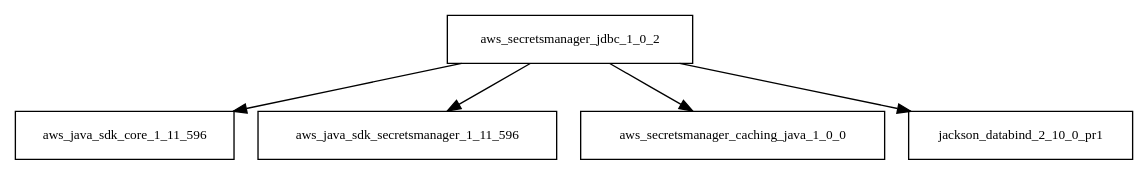
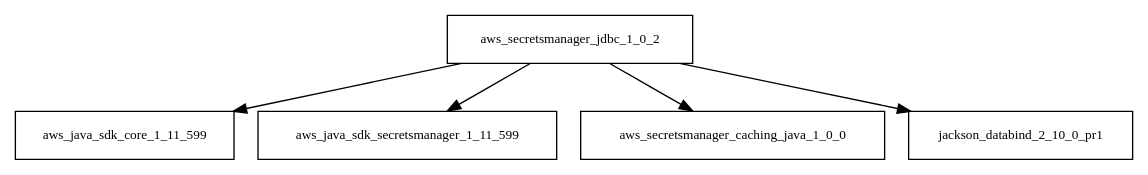
The diagram in tattleTaleReport/graphviz/aws-secretsmanager-jdbc-1.0.2.jar/aws-secretsmanager-jdbc-1.0.2.jar.dot (Hack23/cia), drawn with Graphviz before and after one commit. The commit also changed 2920 other files, not shown here.

```diff
--- a/tattleTaleReport/graphviz/aws-secretsmanager-jdbc-1.0.2.jar/aws-secretsmanager-jdbc-1.0.2.jar.dot
+++ b/tattleTaleReport/graphviz/aws-secretsmanager-jdbc-1.0.2.jar/aws-secretsmanager-jdbc-1.0.2.jar.dot
@@ -1,7 +1,7 @@
 digraph aws_secretsmanager_jdbc_1_0_2_dependencies {
   node [shape = box, fontsize=10.0];
-  aws_secretsmanager_jdbc_1_0_2 -> aws_java_sdk_core_1_11_596;
-  aws_secretsmanager_jdbc_1_0_2 -> aws_java_sdk_secretsmanager_1_11_596;
+  aws_secretsmanager_jdbc_1_0_2 -> aws_java_sdk_core_1_11_599;
+  aws_secretsmanager_jdbc_1_0_2 -> aws_java_sdk_secretsmanager_1_11_599;
   aws_secretsmanager_jdbc_1_0_2 -> aws_secretsmanager_caching_java_1_0_0;
   aws_secretsmanager_jdbc_1_0_2 -> jackson_databind_2_10_0_pr1;
 }
```
